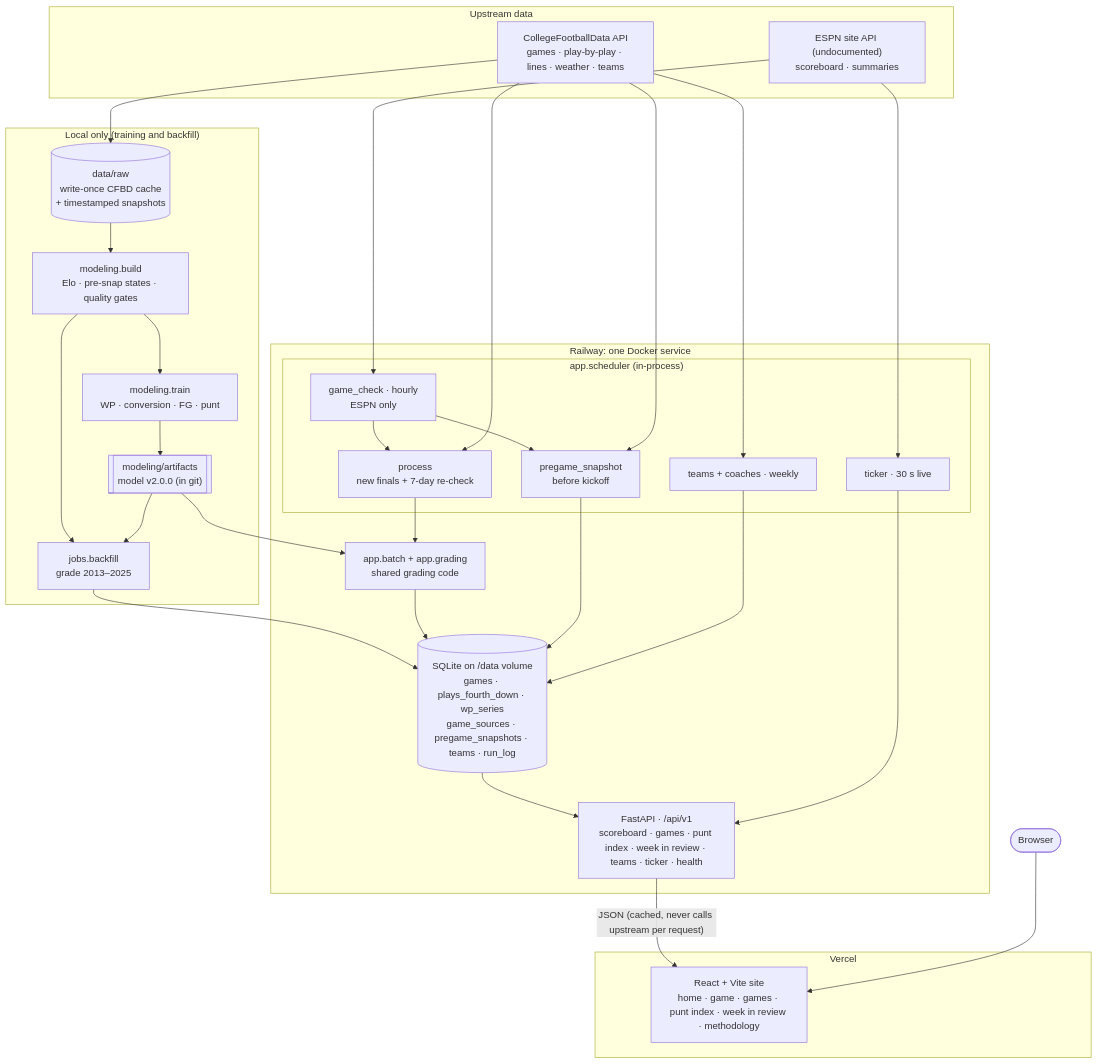
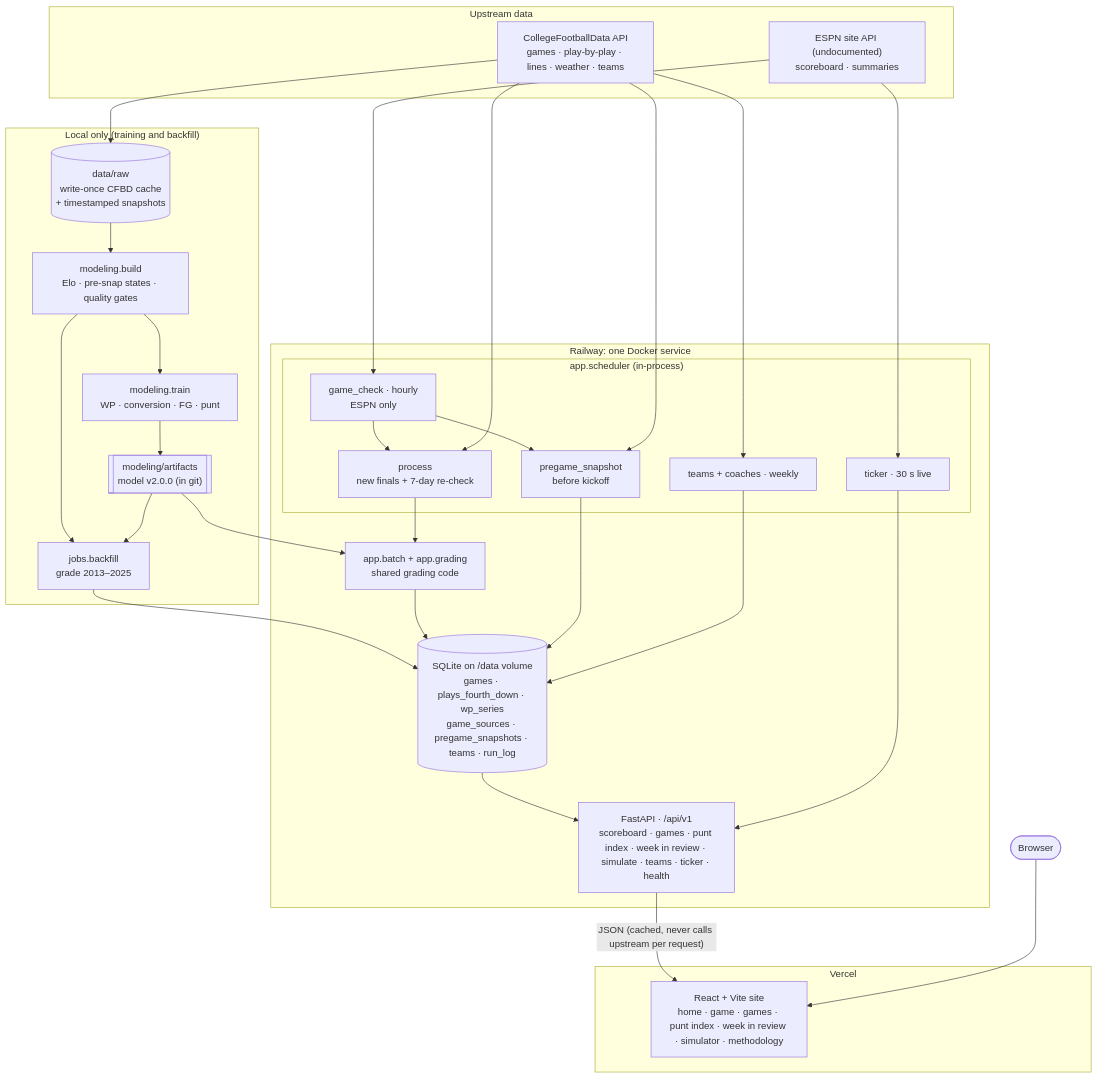
One commit to lneuendorf/cfb4thdown-v2 changed the diagram in README.md. Above: the diagram before and after it, drawn with Mermaid. The commit also changed other lines of this file and 3 other files, not shown here.

````diff
--- a/README.md
+++ b/README.md
@@ -9,48 +9,48 @@
 ```mermaid
 flowchart TB
   subgraph upstream["Upstream data"]
     cfbd["CollegeFootballData API<br/>games · play-by-play · lines · weather · teams"]
     espn["ESPN site API (undocumented)<br/>scoreboard · summaries"]
   end
 
   subgraph local["Local only (training and backfill)"]
     raw[("data/raw<br/>write-once CFBD cache<br/>+ timestamped snapshots")]
     build["modeling.build<br/>Elo · pre-snap states · quality gates"]
     train["modeling.train<br/>WP · conversion · FG · punt"]
     artifacts[["modeling/artifacts<br/>model v2.0.0 (in git)"]]
     backfill["jobs.backfill<br/>grade 2013–2025"]
   end
 
   subgraph railway["Railway: one Docker service"]
     subgraph sched["app.scheduler (in-process)"]
       check["game_check · hourly<br/>ESPN only"]
       process["process<br/>new finals + 7-day re-check"]
       pregame["pregame_snapshot<br/>before kickoff"]
       teams["teams + coaches · weekly"]
       ticker["ticker · 30 s live"]
     end
     grading["app.batch + app.grading<br/>shared grading code"]
-    api["FastAPI · /api/v1<br/>scoreboard · games · punt index · week in review · teams · ticker · health"]
+    api["FastAPI · /api/v1<br/>scoreboard · games · punt index · week in review · simulate · teams · ticker · health"]
     db[("SQLite on /data volume<br/>games · plays_fourth_down · wp_series<br/>game_sources · pregame_snapshots · teams · run_log")]
   end
 
   subgraph vercel["Vercel"]
-    web["React + Vite site<br/>home · game · games · punt index · week in review · methodology"]
+    web["React + Vite site<br/>home · game · games · punt index · week in review · simulator · methodology"]
   end
 
   cfbd --> raw --> build --> train --> artifacts
   build --> backfill
   artifacts --> backfill --> db
   espn --> check
   espn --> ticker
   check --> process & pregame
   cfbd --> process & pregame & teams
   process --> grading
   artifacts --> grading
   grading --> db
   pregame & teams --> db
   db --> api
   ticker --> api
   api -- "JSON (cached, never calls upstream per request)" --> web
   user(["Browser"]) --> web
 ```
````
